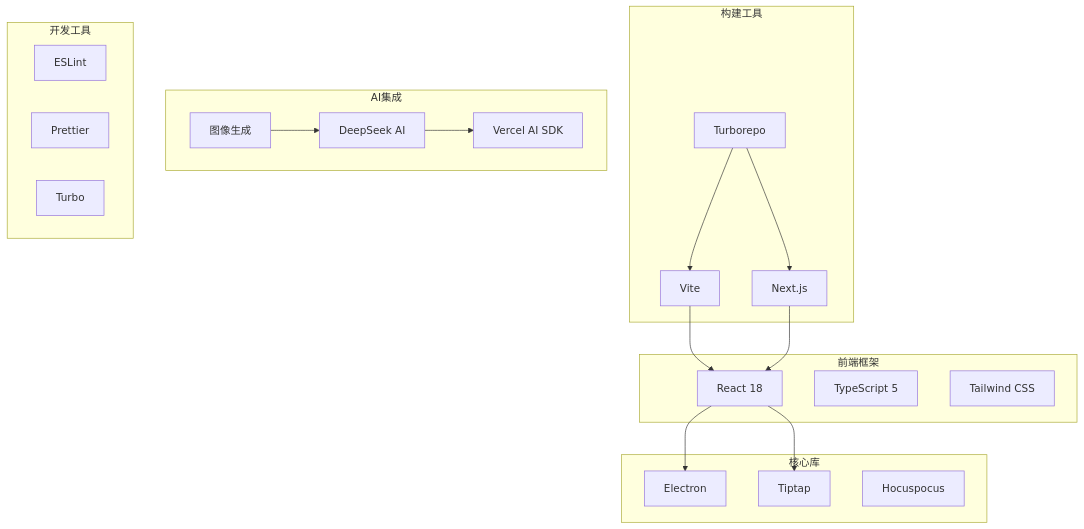
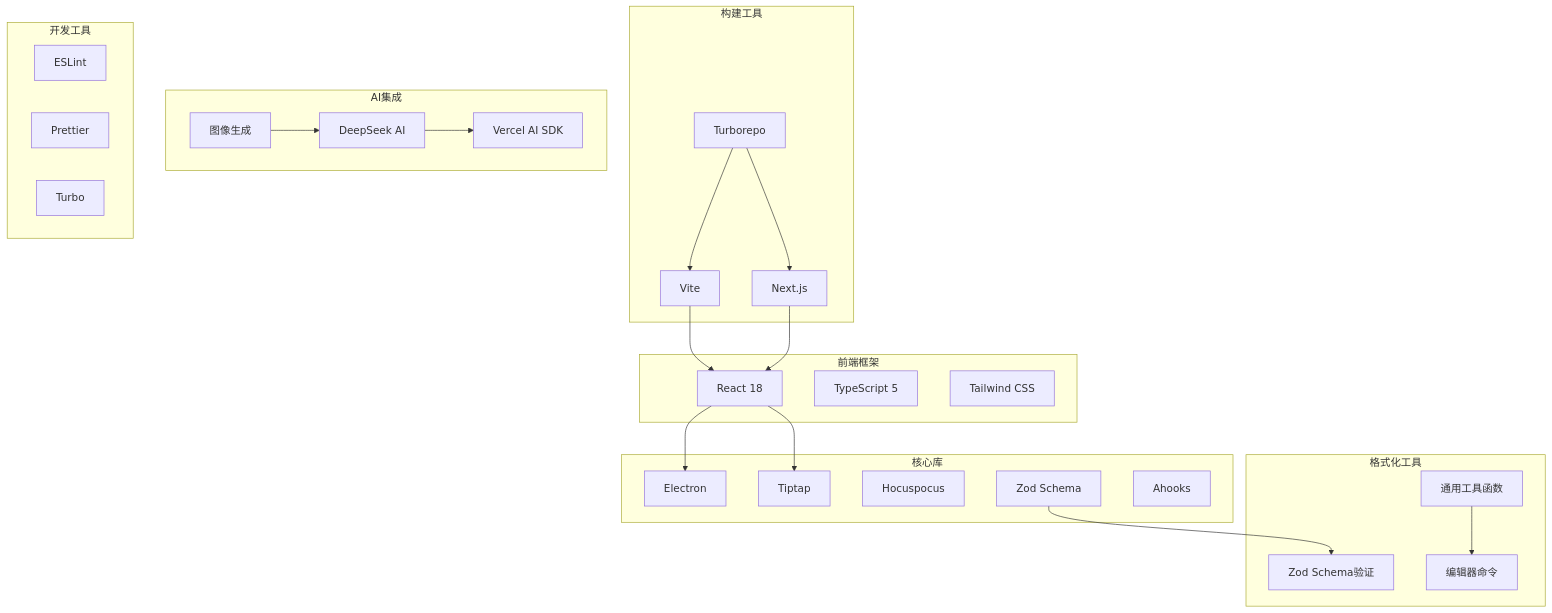
Diagram 15 of 15 in .qoder/repowiki/zh/content/功能模块/AI插件/AI助手面板系统.md (LRF0422/Kotion), drawn with Mermaid before and after one commit. The commit also changed other lines of this file and 22 other files, not shown here.

````diff
--- a/.qoder/repowiki/zh/content/功能模块/AI插件/AI助手面板系统.md
+++ b/.qoder/repowiki/zh/content/功能模块/AI插件/AI助手面板系统.md
@@ -406,36 +782,45 @@
 ```mermaid
 graph TB
 subgraph "前端框架"
 React[React 18]
 TypeScript[TypeScript 5]
 TailwindCSS[Tailwind CSS]
 end
 subgraph "构建工具"
 Vite[Vite]
 NextJS[Next.js]
 Turborepo[Turborepo]
 end
 subgraph "核心库"
 Electron[Electron]
 Tiptap[Tiptap]
 Hocuspocus[Hocuspocus]
+Zod[Zod Schema]
+Ahooks[Ahooks]
 end
 subgraph "AI集成"
 DeepSeek[DeepSeek AI]
 VercelSDK[Vercel AI SDK]
 ImageGen[图像生成]
 end
 subgraph "开发工具"
 ESLint[ESLint]
 Prettier[Prettier]
 Turbo[Turbo]
 end
+subgraph "格式化工具"
+ZodSchema[Zod Schema验证]
+CommonUtils[通用工具函数]
+EditorCommands[编辑器命令]
+end
 React --> Tiptap
 React --> Electron
 Vite --> React
 NextJS --> React
 Turborepo --> Vite
 Turborepo --> NextJS
 DeepSeek --> VercelSDK
 ImageGen --> DeepSeek
+Zod --> ZodSchema
+CommonUtils --> EditorCommands
 ```
````
